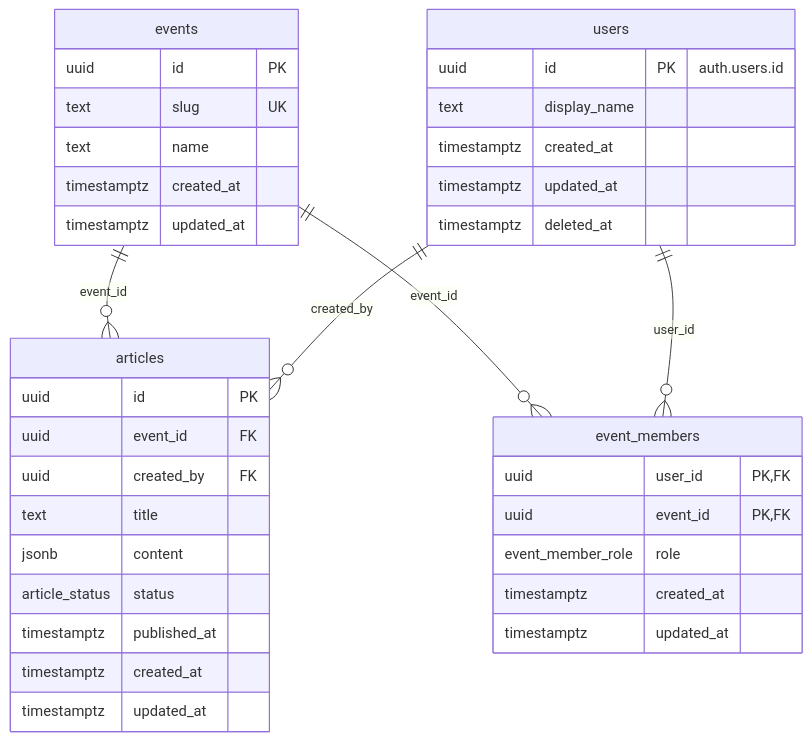
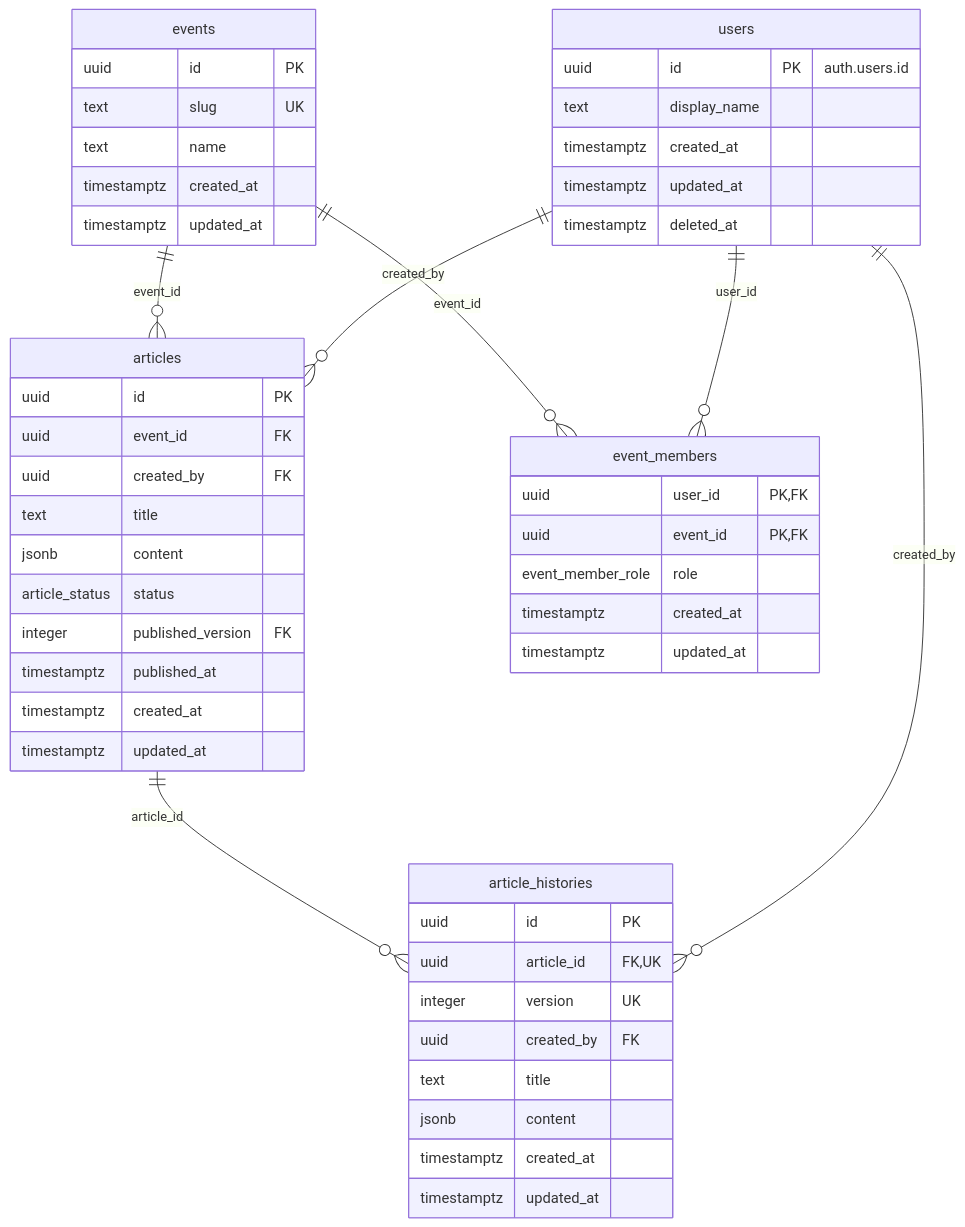
Before and after one commit to Studio-Takumi/fesp-suite: the diagram in docs/db.md, drawn with Mermaid. The commit also changed other lines of this file and 2 other files, not shown here.

````diff
--- a/docs/db.md
+++ b/docs/db.md
@@ -3,43 +3,57 @@
 ```mermaid
 erDiagram
     events ||--o{ articles : "event_id"
     events ||--o{ event_members : "event_id"
     users ||--o{ event_members : "user_id"
     users ||--o{ articles : "created_by"
+    articles ||--o{ article_histories : "article_id"
+    users ||--o{ article_histories : "created_by"
 
     events {
         uuid id PK
         text slug UK
         text name
         timestamptz created_at
         timestamptz updated_at
     }
 
     articles {
         uuid id PK
         uuid event_id FK
         uuid created_by FK
         text title
         jsonb content
         article_status status
+        integer published_version FK
         timestamptz published_at
+        timestamptz created_at
+        timestamptz updated_at
+    }
+
+    article_histories {
+        uuid id PK
+        uuid article_id FK,UK
+        integer version UK
+        uuid created_by FK
+        text title
+        jsonb content
         timestamptz created_at
         timestamptz updated_at
     }
 
     users {
         uuid id PK "auth.users.id"
         text display_name
         timestamptz created_at
         timestamptz updated_at
         timestamptz deleted_at
     }
 
     event_members {
         uuid user_id PK,FK
         uuid event_id PK,FK
         event_member_role role
         timestamptz created_at
         timestamptz updated_at
     }
 ```
````
